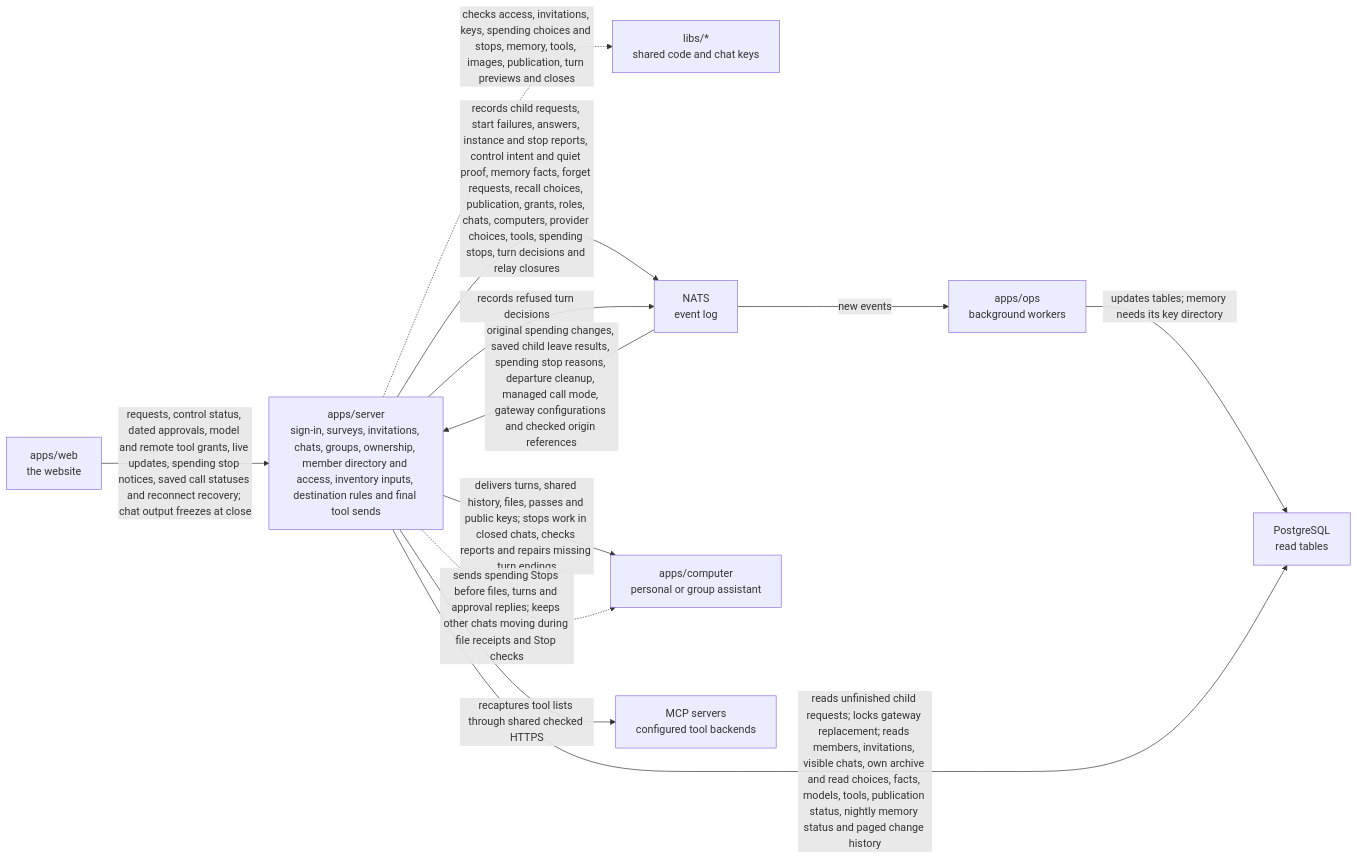
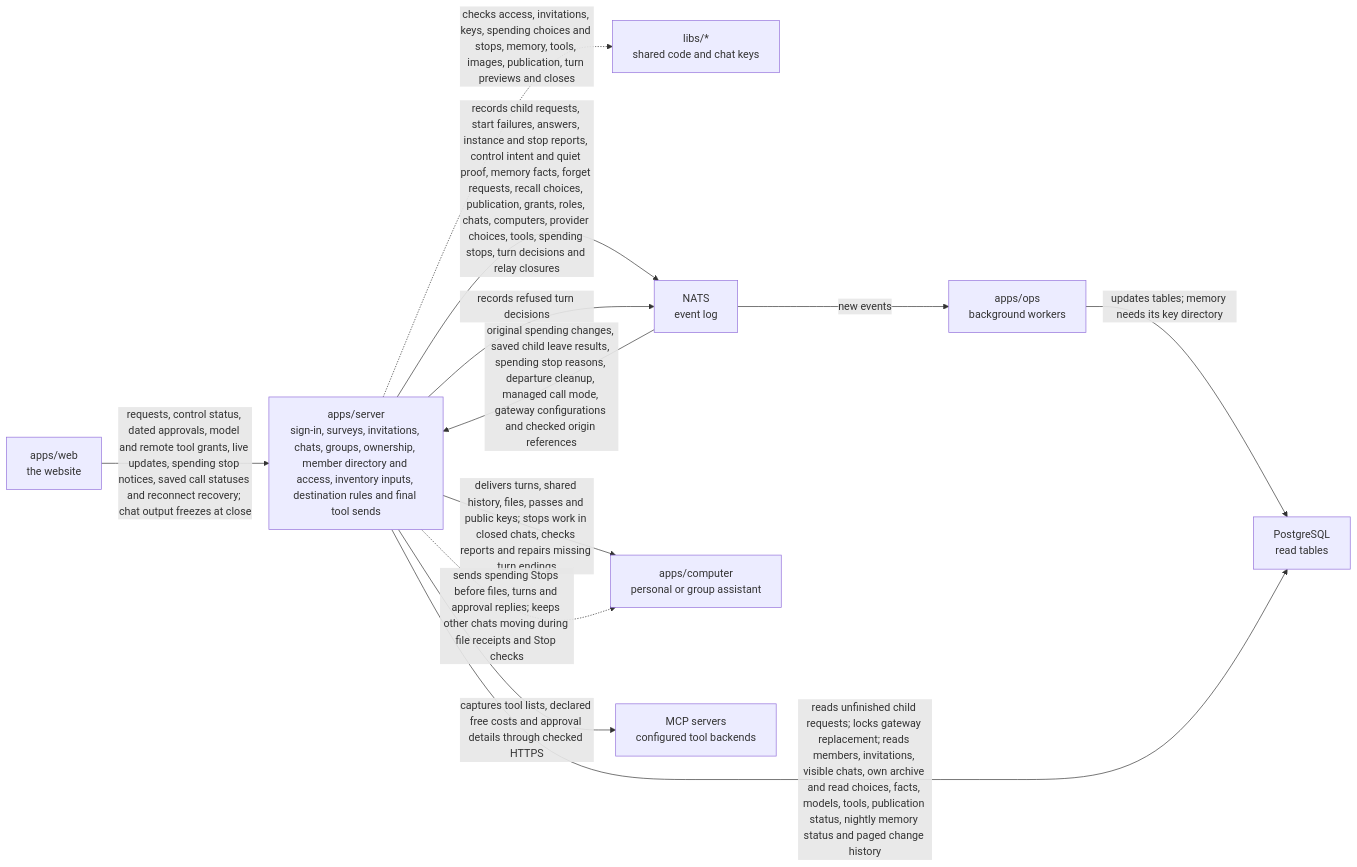
Before and after one commit to elewa-git/opencrane-new: the diagram in apps/server/README.md, drawn with Mermaid. The commit also changed other lines of this file and 18 other files, not shown here.

Commit message:
🔒 Save declared free tool costs and approval details

````diff
--- a/apps/server/README.md
+++ b/apps/server/README.md
@@ -14,14 +14,14 @@
 ```mermaid
 flowchart LR
   web["apps/web<br/>the website"] -->|requests, control status, dated approvals, model and remote tool grants, live updates, spending stop notices, saved call statuses and reconnect recovery; chat output freezes at close| server["apps/server<br/>sign-in, surveys, invitations, chats, groups, ownership, member directory and access, inventory inputs, destination rules and final tool sends"]
   server -.->|checks access, invitations, keys, spending choices and stops, memory, tools, images, publication, turn previews and closes| libs["libs/*<br/>shared code and chat keys"]
   server -->|records child requests, start failures, answers, instance and stop reports, control intent and quiet proof, memory facts, forget requests, recall choices, publication, grants, roles, chats, computers, provider choices, tools, spending stops, turn decisions and relay closures| nats["NATS<br/>event log"]
   nats -->|original spending changes, saved child leave results, spending stop reasons, departure cleanup, managed call mode, gateway configurations and checked origin references| server
   nats -->|new events| ops["apps/ops<br/>background workers"]
   ops -->|updates tables; memory needs its key directory| postgres["PostgreSQL<br/>read tables"]
   server -->|reads unfinished child requests; locks gateway replacement; reads members, invitations, visible chats, own archive and read choices, facts, models, tools, publication status, nightly memory status and paged change history| postgres
   server -->|delivers turns, shared history, files, passes and public keys; stops work in closed chats, checks reports and repairs missing turn endings| computer["apps/computer<br/>personal or group assistant"]
-  server -->|recaptures tool lists through shared checked HTTPS| mcp["MCP servers<br/>configured tool backends"]
+  server -->|captures tool lists, declared free costs and approval details through checked HTTPS| mcp["MCP servers<br/>configured tool backends"]
   server -.->|sends spending Stops before files, turns and approval replies; keeps other chats moving during file receipts and Stop checks| computer
   server -->|records refused turn decisions| nats
 ```
````
